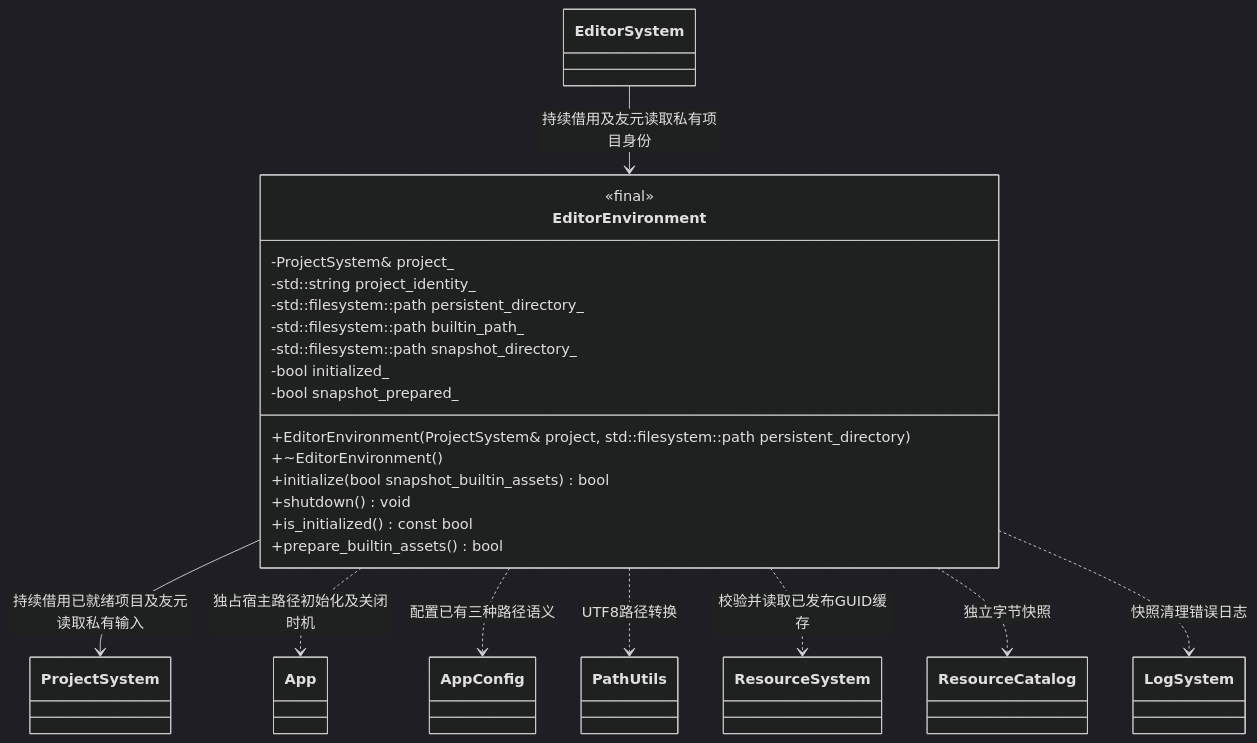
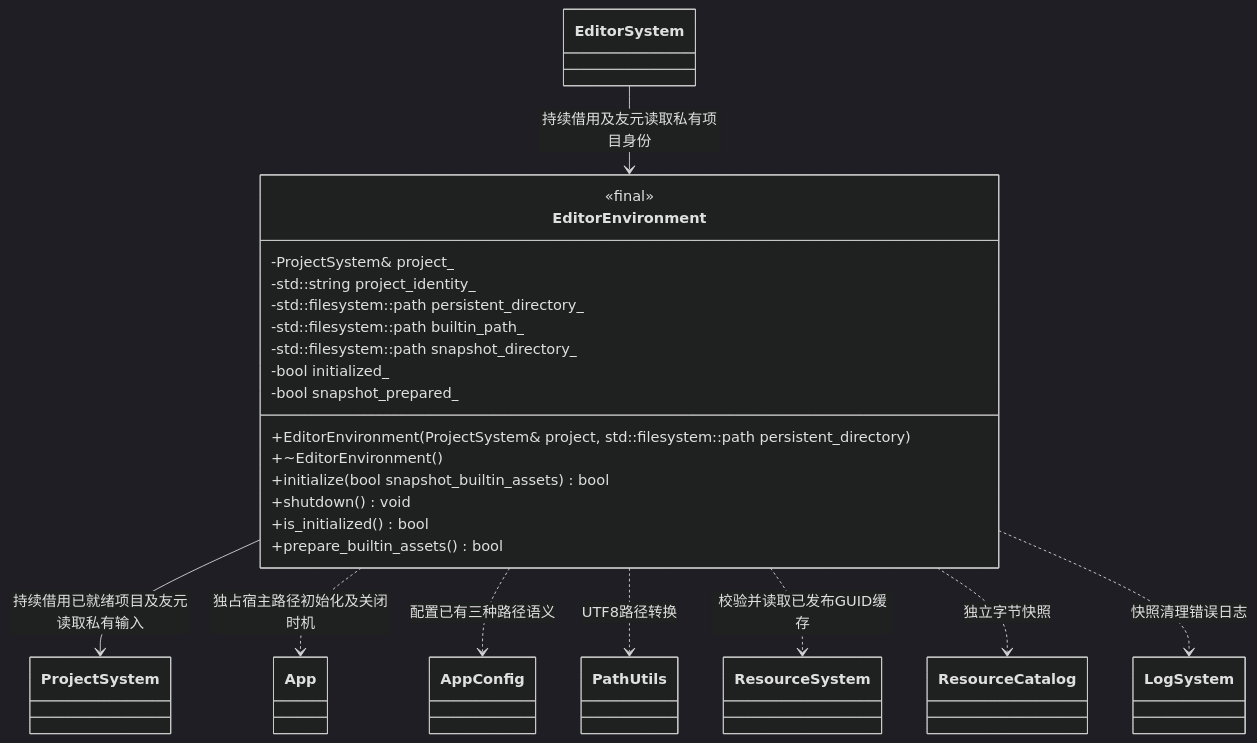
Before and after one commit to lcals/Engine: the diagram in docs/editor/class-diagrams/editor-environment.md, drawn with Mermaid (dark theme). The commit also changed other lines of this file and 143 other files, not shown here.

````diff
--- a/docs/editor/class-diagrams/editor-environment.md
+++ b/docs/editor/class-diagrams/editor-environment.md
@@ -5,36 +5,36 @@
 ```mermaid
 classDiagram
     direction TB
     class EditorEnvironment {
         <<final>>
         +EditorEnvironment(ProjectSystem& project, std::filesystem::path persistent_directory)
         +~EditorEnvironment()
         +initialize(bool snapshot_builtin_assets) bool
         +shutdown() void
-        +is_initialized() const bool
+        +is_initialized() bool
         +prepare_builtin_assets() bool
         -ProjectSystem& project_
         -std::string project_identity_
         -std::filesystem::path persistent_directory_
         -std::filesystem::path builtin_path_
         -std::filesystem::path snapshot_directory_
         -bool initialized_
         -bool snapshot_prepared_
     }
     class ProjectSystem
     class EditorSystem
     class App
     class AppConfig
     class PathUtils
     class LogSystem
     class ResourceSystem
     class ResourceCatalog
     EditorEnvironment --> ProjectSystem : 持续借用已就绪项目及友元读取私有输入
     EditorSystem --> EditorEnvironment : 持续借用及友元读取私有项目身份
     EditorEnvironment ..> App : 独占宿主路径初始化及关闭时机
     EditorEnvironment ..> AppConfig : 配置已有三种路径语义
     EditorEnvironment ..> PathUtils : UTF8路径转换
     EditorEnvironment ..> ResourceSystem : 校验并读取已发布GUID缓存
     EditorEnvironment ..> ResourceCatalog : 独立字节快照
     EditorEnvironment ..> LogSystem : 快照清理错误日志
 ```
````
